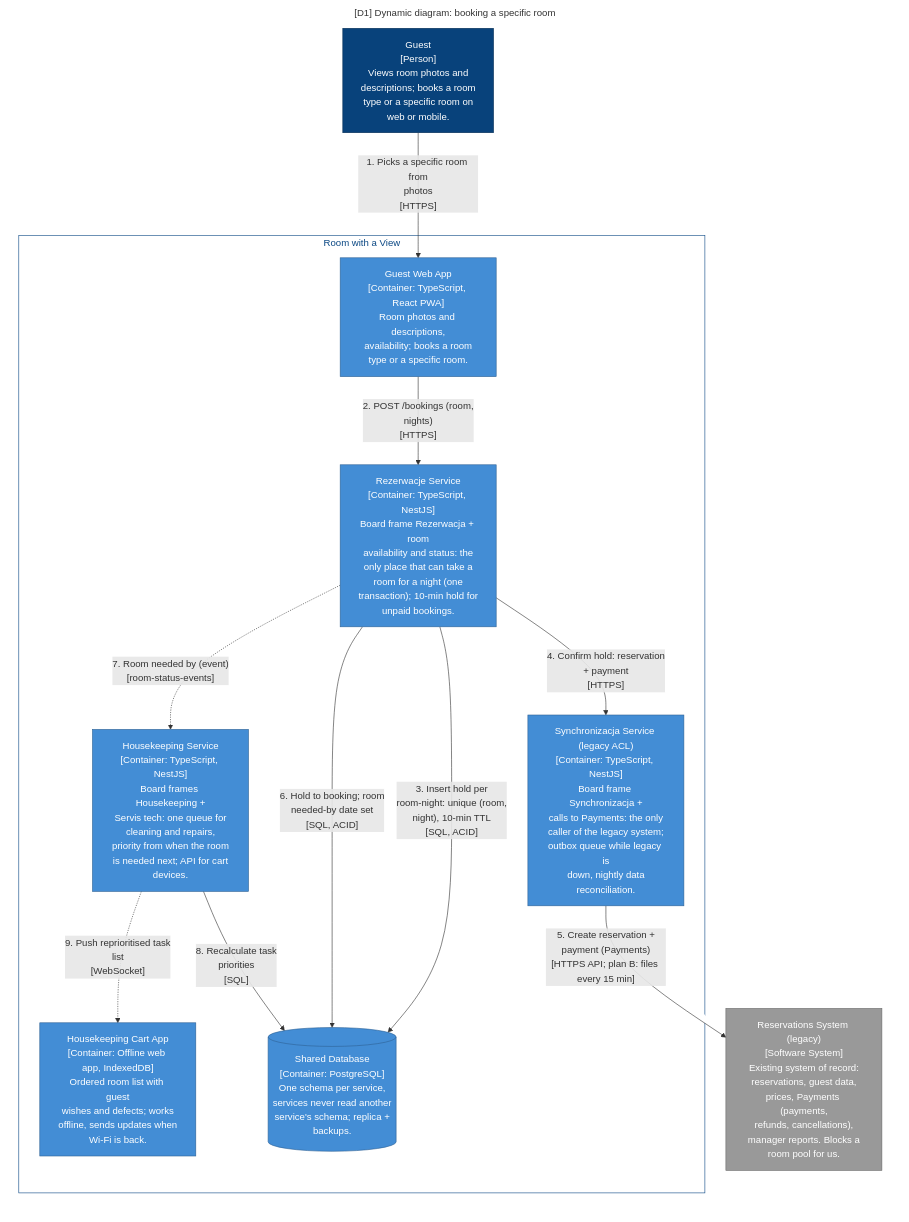
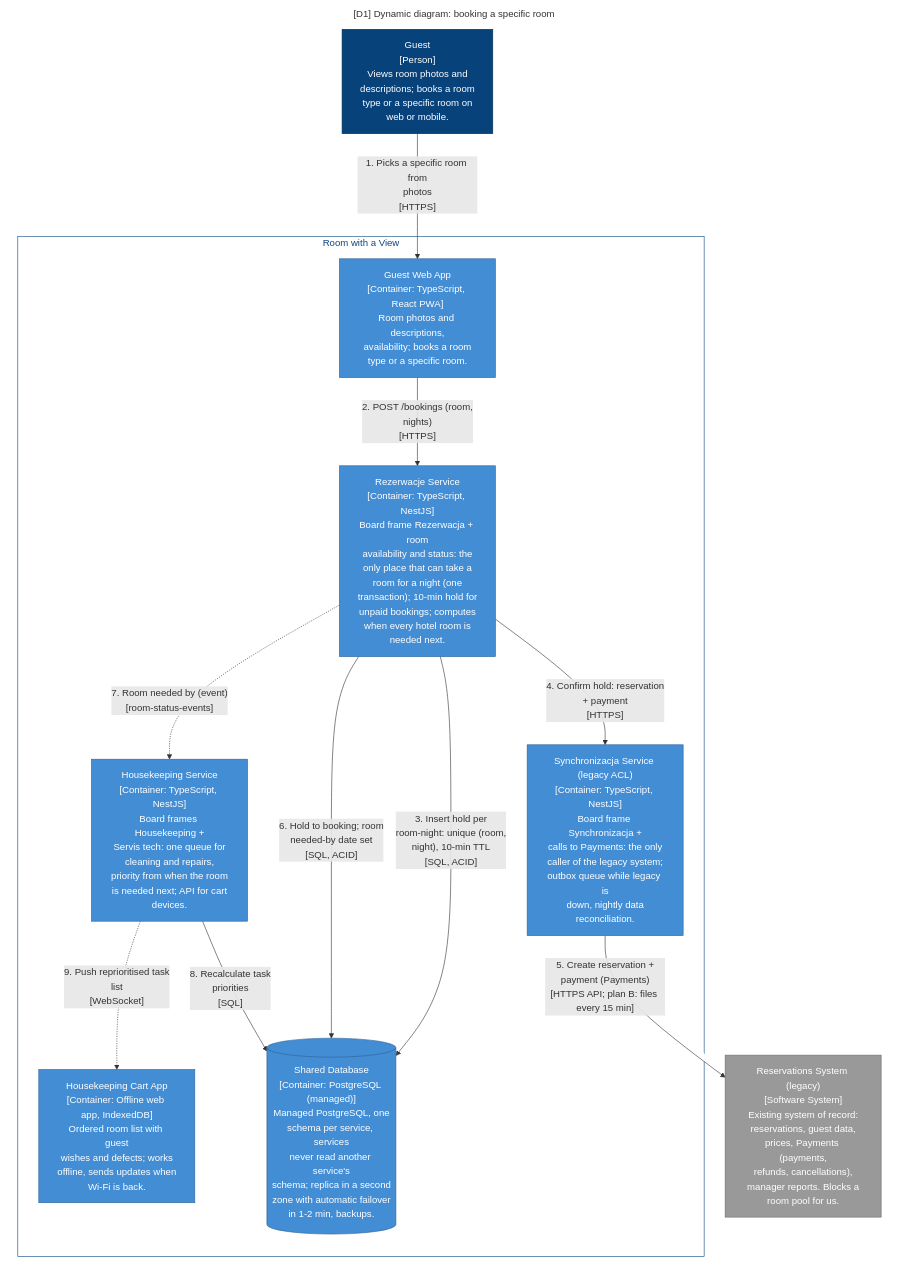
One commit to patrykkarny/Kata-workshopAI changed the diagram in zadanie/c4/out/mermaid-plain/D1-KeyFlow.mmd. Above: the diagram before and after it, drawn with Mermaid. The commit also changed 21 other files, not shown here.

```diff
--- a/zadanie/c4/out/mermaid-plain/D1-KeyFlow.mmd
+++ b/zadanie/c4/out/mermaid-plain/D1-KeyFlow.mmd
@@ -1,39 +1,39 @@
 graph LR
   linkStyle default fill:#ffffff
 
   subgraph diagram ["[D1] Dynamic diagram: booking a specific room"]
     style diagram fill:#ffffff,stroke:#ffffff
 
     subgraph 4 ["Room with a View"]
       style 4 fill:#ffffff,stroke:#0b4884,color:#0b4884
 
       11["Synchronizacja Service (legacy ACL)<br/>[Container: TypeScript, NestJS]<br/>Board frame Synchronizacja +<br/>calls to Payments: the only<br/>caller of the legacy system;<br/>outbox queue while legacy is<br/>down, nightly data<br/>reconciliation."]
       style 11 fill:#438dd5,stroke:#2e6295,color:#ffffff
-      13[("Shared Database<br/>[Container: PostgreSQL]<br/>One schema per service,<br/>services never read another<br/>service's schema; replica +<br/>backups.")]
+      13[("Shared Database<br/>[Container: PostgreSQL (managed)]<br/>Managed PostgreSQL, one<br/>schema per service, services<br/>never read another service's<br/>schema; replica in a second<br/>zone with automatic failover<br/>in 1-2 min, backups.")]
       style 13 fill:#438dd5,stroke:#2e6295,color:#ffffff
       5["Guest Web App<br/>[Container: TypeScript, React PWA]<br/>Room photos and descriptions,<br/>availability; books a room<br/>type or a specific room."]
       style 5 fill:#438dd5,stroke:#2e6295,color:#ffffff
       7["Housekeeping Cart App<br/>[Container: Offline web app, IndexedDB]<br/>Ordered room list with guest<br/>wishes and defects; works<br/>offline, sends updates when<br/>Wi-Fi is back."]
       style 7 fill:#438dd5,stroke:#2e6295,color:#ffffff
-      8["Rezerwacje Service<br/>[Container: TypeScript, NestJS]<br/>Board frame Rezerwacja + room<br/>availability and status: the<br/>only place that can take a<br/>room for a night (one<br/>transaction); 10-min hold for<br/>unpaid bookings."]
+      8["Rezerwacje Service<br/>[Container: TypeScript, NestJS]<br/>Board frame Rezerwacja + room<br/>availability and status: the<br/>only place that can take a<br/>room for a night (one<br/>transaction); 10-min hold for<br/>unpaid bookings; computes<br/>when every hotel room is<br/>needed next."]
       style 8 fill:#438dd5,stroke:#2e6295,color:#ffffff
       9["Housekeeping Service<br/>[Container: TypeScript, NestJS]<br/>Board frames Housekeeping +<br/>Servis tech: one queue for<br/>cleaning and repairs,<br/>priority from when the room<br/>is needed next; API for cart<br/>devices."]
       style 9 fill:#438dd5,stroke:#2e6295,color:#ffffff
     end
 
     1["Guest<br/>[Person]<br/>Views room photos and<br/>descriptions; books a room<br/>type or a specific room on<br/>web or mobile."]
     style 1 fill:#08427b,stroke:#052e56,color:#ffffff
     15["Reservations System (legacy)<br/>[Software System]<br/>Existing system of record:<br/>reservations, guest data,<br/>prices, Payments (payments,<br/>refunds, cancellations),<br/>manager reports. Blocks a<br/>room pool for us."]
     style 15 fill:#999999,stroke:#6b6b6b,color:#ffffff
 
     1-- "1. Picks a specific room from<br/>photos<br/>[HTTPS]" -->5
     5-- "2. POST /bookings (room,<br/>nights)<br/>[HTTPS]" -->8
     8-- "3. Insert hold per<br/>room-night: unique (room,<br/>night), 10-min TTL<br/>[SQL, ACID]" -->13
     8-- "4. Confirm hold: reservation<br/>+ payment<br/>[HTTPS]" -->11
     11-- "5. Create reservation +<br/>payment (Payments)<br/>[HTTPS API; plan B: files every 15 min]" -->15
     8-- "6. Hold to booking; room<br/>needed-by date set<br/>[SQL, ACID]" -->13
     8-. "7. Room needed by (event)<br/>[room-status-events]" .->9
     9-- "8. Recalculate task<br/>priorities<br/>[SQL]" -->13
     9-. "9. Push reprioritised task<br/>list<br/>[WebSocket]" .->7
 
   end
```
